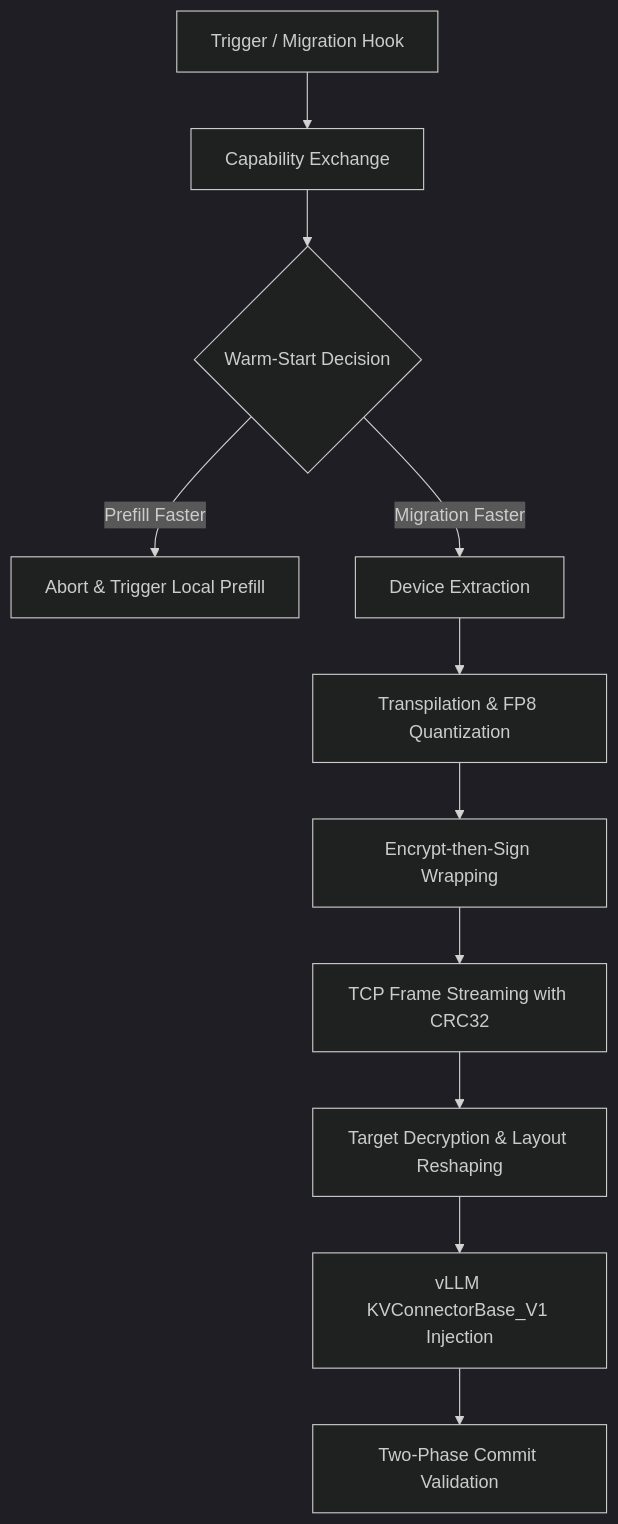
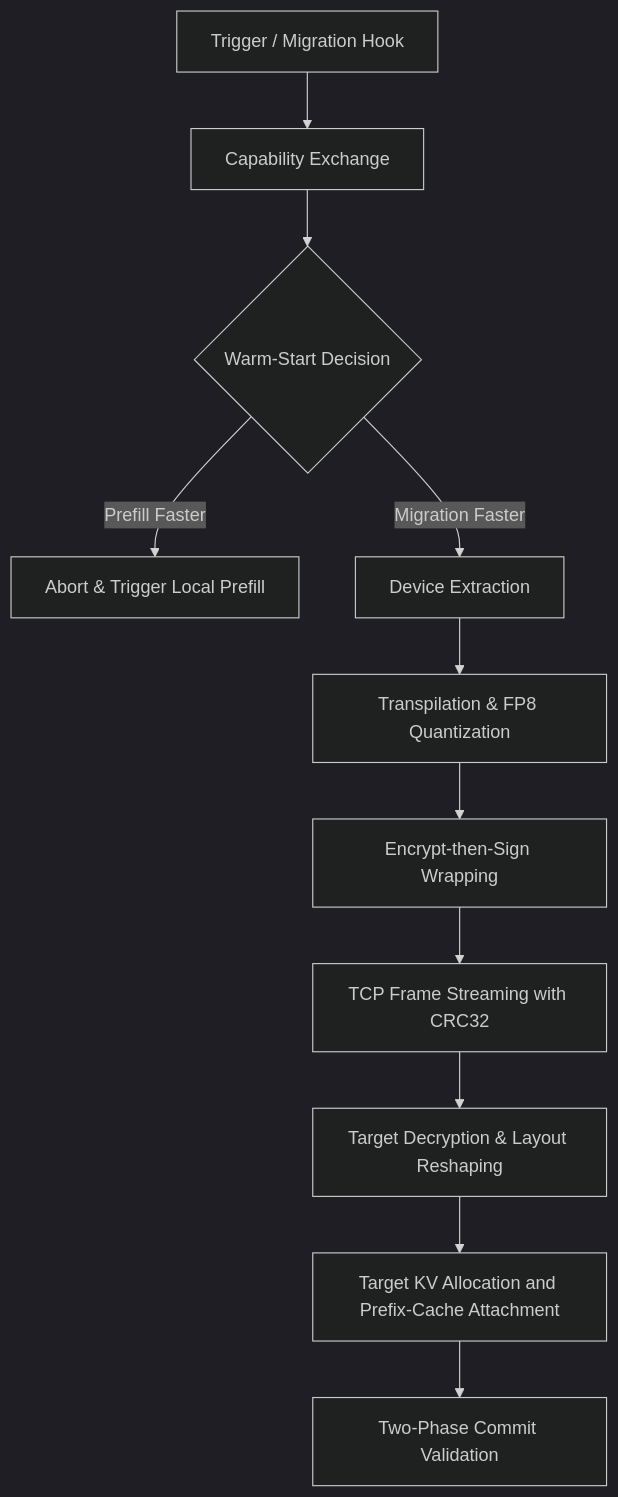
The diagram in docs/usxf-arxiv-paper.md (kabudu/permeant-os), drawn with Mermaid (dark theme) before and after one commit. The commit also changed other lines of this file, not shown here.

````diff
--- a/docs/usxf-arxiv-paper.md
+++ b/docs/usxf-arxiv-paper.md
@@ -36,13 +36,13 @@
 ```mermaid
 graph TD
     A[Trigger / Migration Hook] --> B[Capability Exchange]
     B --> C{Warm-Start Decision}
     C -- Prefill Faster --> D[Abort & Trigger Local Prefill]
     C -- Migration Faster --> E[Device Extraction]
     E --> F[Transpilation & FP8 Quantization]
     F --> G[Encrypt-then-Sign Wrapping]
     G --> H[TCP Frame Streaming with CRC32]
     H --> I[Target Decryption & Layout Reshaping]
-    I --> J[vLLM KVConnectorBase_V1 Injection]
+    I --> J[Target KV Allocation and Prefix-Cache Attachment]
     J --> K[Two-Phase Commit Validation]
 ```
````
